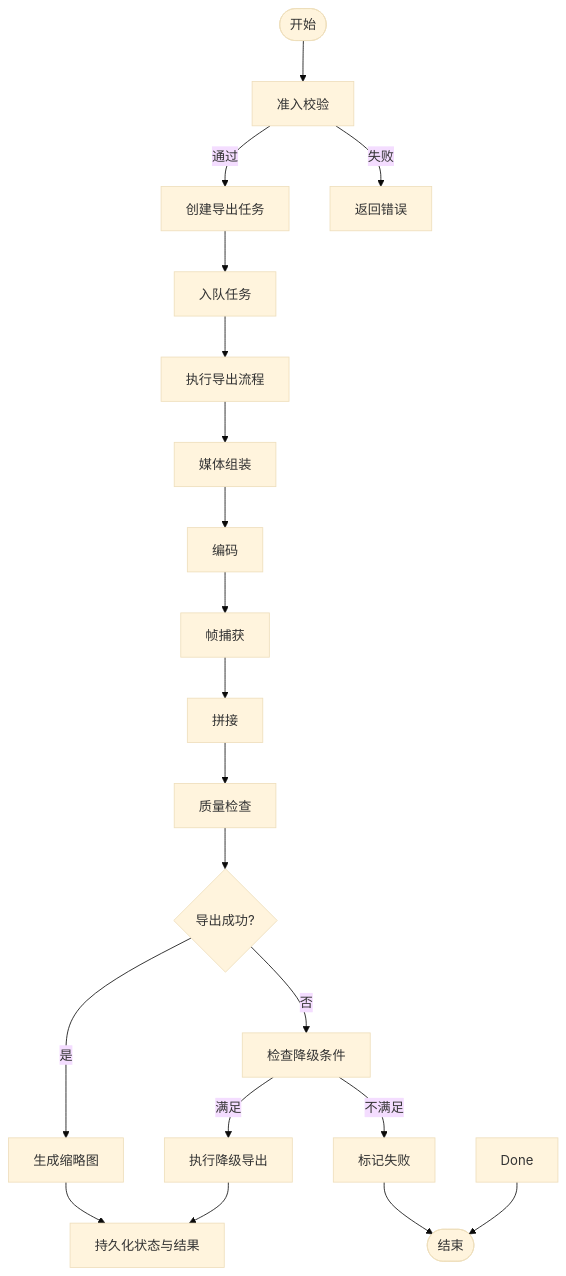
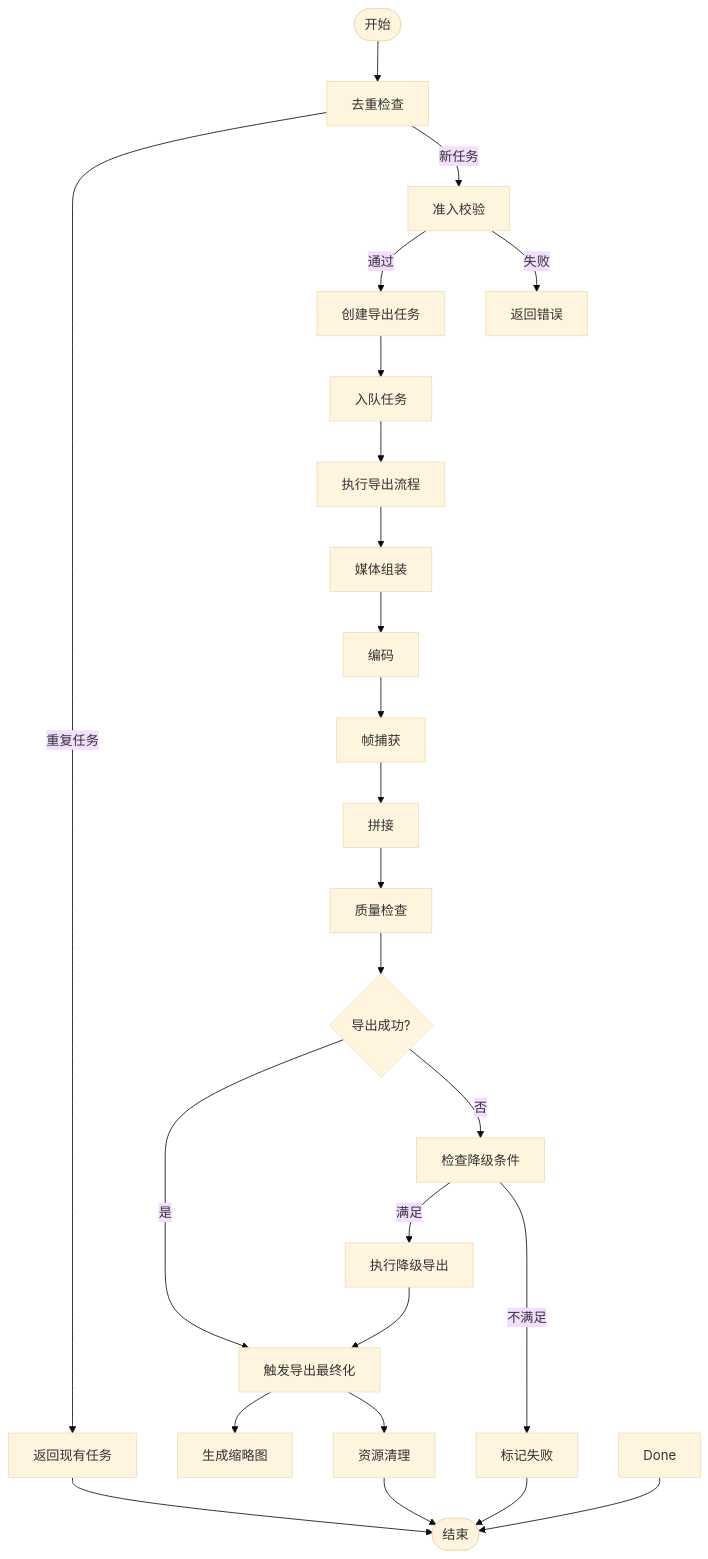
Before and after one commit to scottcwy/PurpleInk: the third of 11 diagrams in .qoder/repowiki/zh/content/渲染引擎/导出服务.md, drawn with Mermaid (base theme). The commit also changed other lines of this file and 23 other files, not shown here.

````diff
--- a/.qoder/repowiki/zh/content/渲染引擎/导出服务.md
+++ b/.qoder/repowiki/zh/content/渲染引擎/导出服务.md
@@ -220,22 +258,27 @@
 ```mermaid
 flowchart TD
-Start(["开始"]) --> Validate["准入校验"]
+Start(["开始"]) --> DedupCheck["去重检查"]
+DedupCheck --> |重复任务| ReturnExisting["返回现有任务"]
+DedupCheck --> |新任务| Validate["准入校验"]
 Validate --> |通过| CreateTask["创建导出任务"]
 Validate --> |失败| ReturnError["返回错误"]
 CreateTask --> Enqueue["入队任务"]
 Enqueue --> Execute["执行导出流程"]
 Execute --> Assemble["媒体组装"]
 Assemble --> Encode["编码"]
 Encode --> Capture["帧捕获"]
 Capture --> ConcatStep["拼接"]
 ConcatStep --> QA["质量检查"]
 QA --> Success{"导出成功?"}
-Success --> |是| ThumbnailGen["生成缩略图"]
+Success --> |是| Finalization["触发导出最终化"]
 Success --> |否| CheckDegraded["检查降级条件"]
 CheckDegraded --> |满足| DegradedPath["执行降级导出"]
 CheckDegraded --> |不满足| Fail["标记失败"]
-DegradedPath --> Persist["持久化状态与结果"]
-ThumbnailGen --> Persist
-Fail --> End(["结束"])
+DegradedPath --> Finalization
+Finalization --> ThumbnailGen["生成缩略图"]
+Finalization --> Cleanup["资源清理"]
+Cleanup --> End(["结束"])
+Fail --> End
 Done --> End
+ReturnExisting --> End
 ```
````
